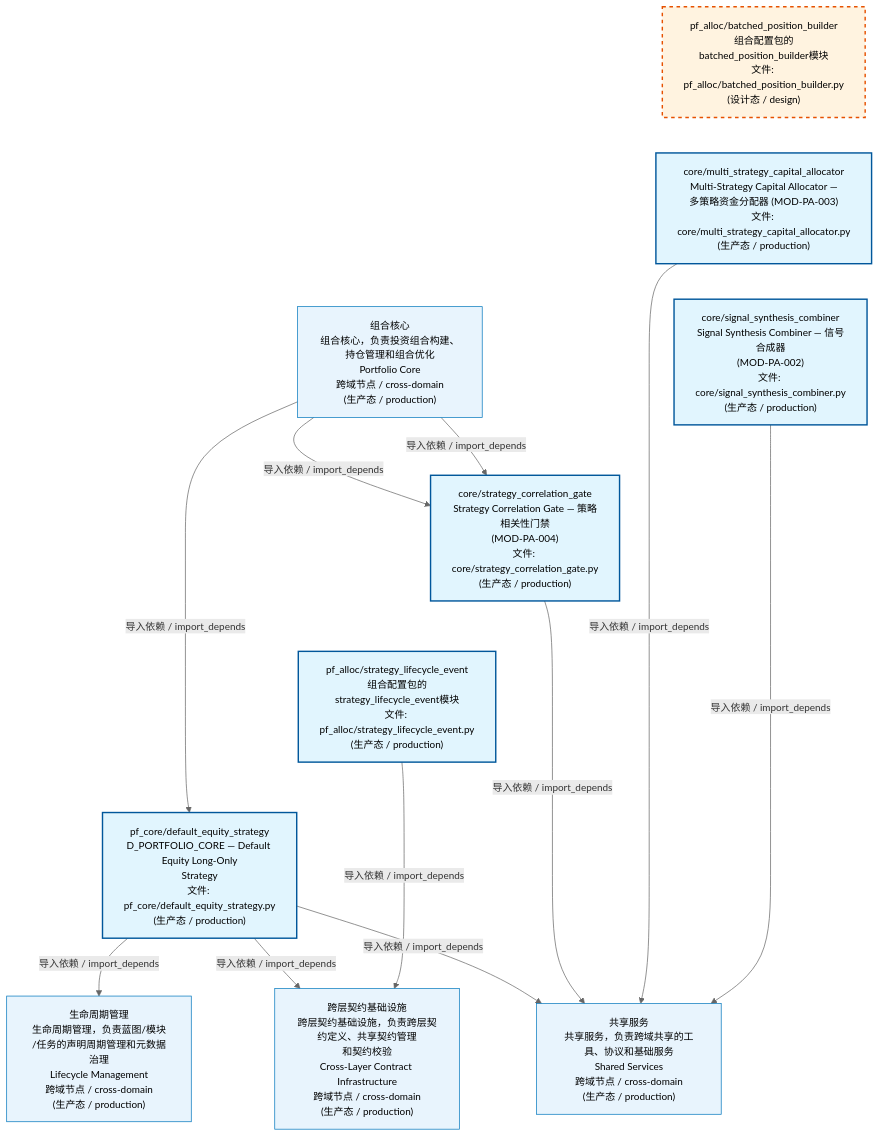
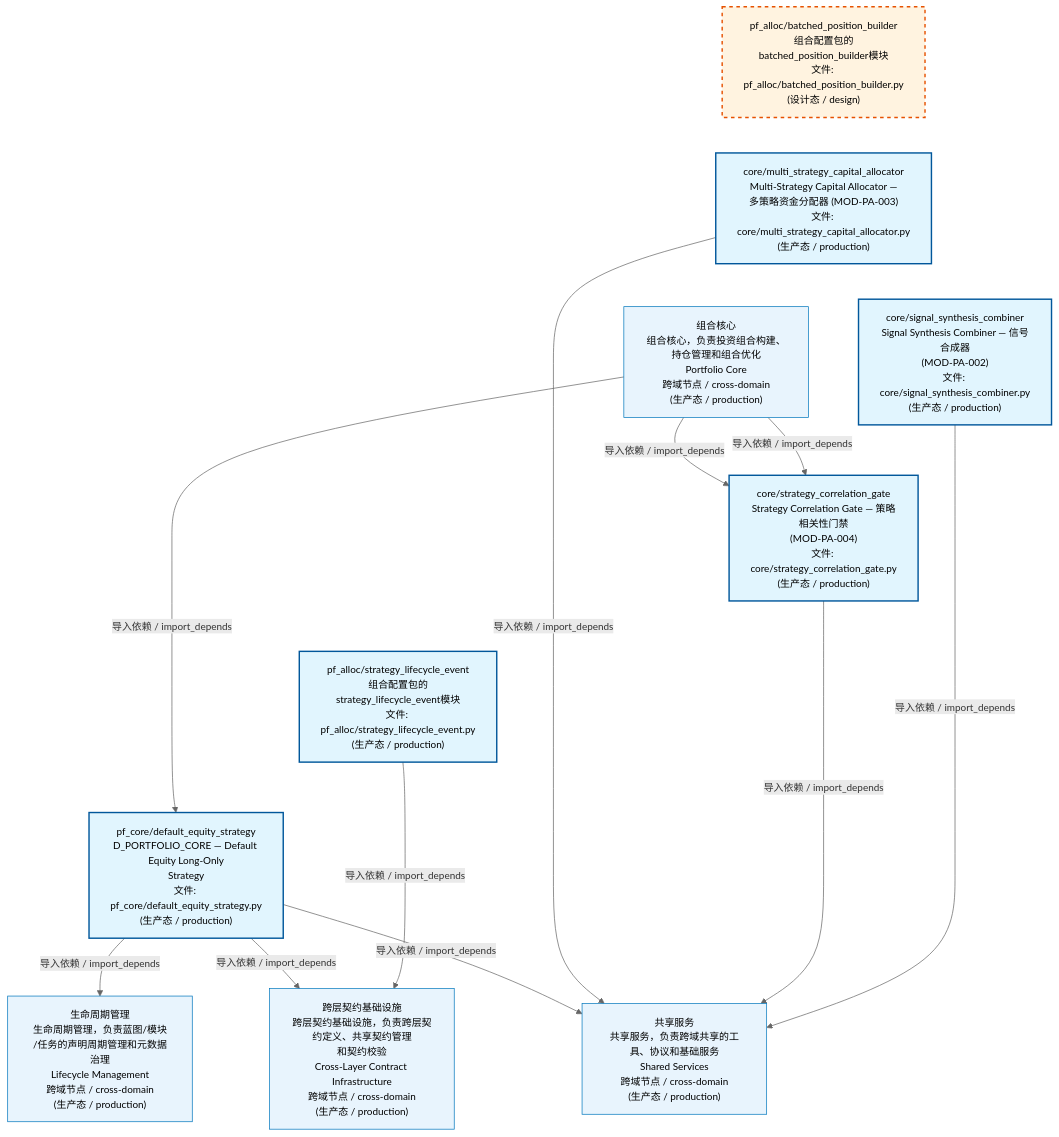
One commit to xuanFelixVan/ZephyrAlpha changed the first of 4 diagrams in docs/02_enterprise_architecture/02_domain_architecture_docs/62_d_pf_alloc.md. Above: the diagram before and after it, drawn with Mermaid. The commit also changed 44 other files, not shown here.

````diff
--- a/docs/02_enterprise_architecture/02_domain_architecture_docs/62_d_pf_alloc.md
+++ b/docs/02_enterprise_architecture/02_domain_architecture_docs/62_d_pf_alloc.md
@@ -53,36 +53,36 @@
 ```mermaid
 %%{init: {'theme': 'base', 'themeVariables': {'primaryColor': '#eaeaea', 'primaryTextColor': '#333333', 'primaryBorderColor': '#666666', 'lineColor': '#666666', 'secondaryColor': '#eaeaea', 'tertiaryColor': '#eaeaea', 'fontSize': '14px'}}}%%
 flowchart TD
     src_zephyr_pf_alloc_batched_position_builder_py["pf_alloc/batched_position_builder<br/>组合配置包的batched_position_builder模块<br/>文件: pf_alloc/batched_position_builder.py<br/>(设计态 / design)"]
     src_zephyr_pf_alloc_core_multi_strategy_capital_allocator_py["core/multi_strategy_capital_allocator<br/>Multi-Strategy Capital Allocator —<br/>多策略资金分配器 (MOD-PA-003)<br/>文件: core/multi_strategy_capital_allocator.py<br/>(生产态 / production)"]
     src_zephyr_pf_alloc_core_signal_synthesis_combiner_py["core/signal_synthesis_combiner<br/>Signal Synthesis Combiner — 信号合成器<br/>(MOD-PA-002)<br/>文件: core/signal_synthesis_combiner.py<br/>(生产态 / production)"]
     src_zephyr_pf_alloc_core_strategy_correlation_gate_py["core/strategy_correlation_gate<br/>Strategy Correlation Gate — 策略相关性门禁<br/>(MOD-PA-004)<br/>文件: core/strategy_correlation_gate.py<br/>(生产态 / production)"]
     src_zephyr_pf_alloc_strategy_lifecycle_event_py["pf_alloc/strategy_lifecycle_event<br/>组合配置包的strategy_lifecycle_event模块<br/>文件: pf_alloc/strategy_lifecycle_event.py<br/>(生产态 / production)"]
     src_zephyr_pf_core_default_equity_strategy_py["pf_core/default_equity_strategy<br/>D_PORTFOLIO_CORE — Default Equity Long-Only<br/>Strategy<br/>文件: pf_core/default_equity_strategy.py<br/>(生产态 / production)"]
     src_zephyr_pf_alloc_batched_position_builder_py ~~~ src_zephyr_pf_alloc_core_multi_strategy_capital_allocator_py
     src_zephyr_pf_alloc_core_multi_strategy_capital_allocator_py ~~~ src_zephyr_pf_alloc_core_signal_synthesis_combiner_py
     src_zephyr_pf_alloc_core_signal_synthesis_combiner_py ~~~ src_zephyr_pf_alloc_core_strategy_correlation_gate_py
     src_zephyr_pf_alloc_core_strategy_correlation_gate_py ~~~ src_zephyr_pf_alloc_strategy_lifecycle_event_py
     src_zephyr_pf_alloc_strategy_lifecycle_event_py ~~~ src_zephyr_pf_core_default_equity_strategy_py
+    D_INFRASTRUCTURE["跨层契约基础设施<br/>跨层契约基础设施，负责跨层契约定义、共享契约管理<br/>和契约校验<br/>Cross-Layer Contract Infrastructure<br/>跨域节点 / cross-domain<br/>(生产态 / production)"]
+    src_zephyr_pf_alloc_strategy_lifecycle_event_py -->|导入依赖 / import_depends| D_INFRASTRUCTURE
     D_SHARED["共享服务<br/>共享服务，负责跨域共享的工具、协议和基础服务<br/>Shared Services<br/>跨域节点 / cross-domain<br/>(生产态 / production)"]
     src_zephyr_pf_alloc_core_signal_synthesis_combiner_py -->|导入依赖 / import_depends| D_SHARED
-    D_INFRASTRUCTURE["跨层契约基础设施<br/>跨层契约基础设施，负责跨层契约定义、共享契约管理<br/>和契约校验<br/>Cross-Layer Contract Infrastructure<br/>跨域节点 / cross-domain<br/>(生产态 / production)"]
-    src_zephyr_pf_alloc_strategy_lifecycle_event_py -->|导入依赖 / import_depends| D_INFRASTRUCTURE
+    src_zephyr_pf_alloc_core_strategy_correlation_gate_py -->|导入依赖 / import_depends| D_SHARED
     src_zephyr_pf_alloc_core_multi_strategy_capital_allocator_py -->|导入依赖 / import_depends| D_SHARED
-    src_zephyr_pf_alloc_core_strategy_correlation_gate_py -->|导入依赖 / import_depends| D_SHARED
     D_GOVERNANCE["生命周期管理<br/>生命周期管理，负责蓝图/模块<br/>/任务的声明周期管理和元数据治理<br/>Lifecycle Management<br/>跨域节点 / cross-domain<br/>(生产态 / production)"]
     src_zephyr_pf_core_default_equity_strategy_py -->|导入依赖 / import_depends| D_GOVERNANCE
     src_zephyr_pf_core_default_equity_strategy_py -->|导入依赖 / import_depends| D_SHARED
     src_zephyr_pf_core_default_equity_strategy_py -->|导入依赖 / import_depends| D_INFRASTRUCTURE
     D_PF_CORE["组合核心<br/>组合核心，负责投资组合构建、持仓管理和组合优化<br/>Portfolio Core<br/>跨域节点 / cross-domain<br/>(生产态 / production)"]
     D_PF_CORE -->|导入依赖 / import_depends| src_zephyr_pf_alloc_core_strategy_correlation_gate_py
     D_PF_CORE -->|导入依赖 / import_depends| src_zephyr_pf_alloc_core_strategy_correlation_gate_py
     D_PF_CORE -->|导入依赖 / import_depends| src_zephyr_pf_core_default_equity_strategy_py
     classDef production fill:#e1f5fe,stroke:#01579b,stroke-width:2px,color:#000
     classDef design fill:#fff3e0,stroke:#e65100,stroke-width:2px,color:#000,stroke-dasharray: 5 5
     classDef external_prod fill:#e8f4fd,stroke:#0277bd,stroke-width:1px,color:#000
     classDef external_design fill:#fff8e7,stroke:#ef6c00,stroke-width:1px,color:#000,stroke-dasharray: 5 5
     class src_zephyr_pf_alloc_core_multi_strategy_capital_allocator_py,src_zephyr_pf_alloc_core_signal_synthesis_combiner_py,src_zephyr_pf_alloc_core_strategy_correlation_gate_py,src_zephyr_pf_alloc_strategy_lifecycle_event_py,src_zephyr_pf_core_default_equity_strategy_py production
     class src_zephyr_pf_alloc_batched_position_builder_py design
-    class D_SHARED,D_INFRASTRUCTURE,D_GOVERNANCE,D_PF_CORE external_prod
+    class D_INFRASTRUCTURE,D_SHARED,D_GOVERNANCE,D_PF_CORE external_prod
 ```
````
